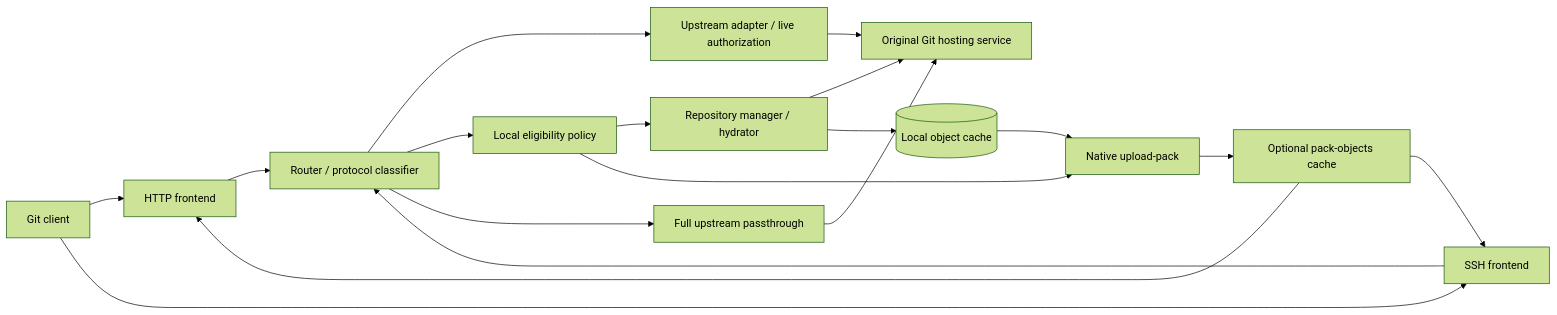
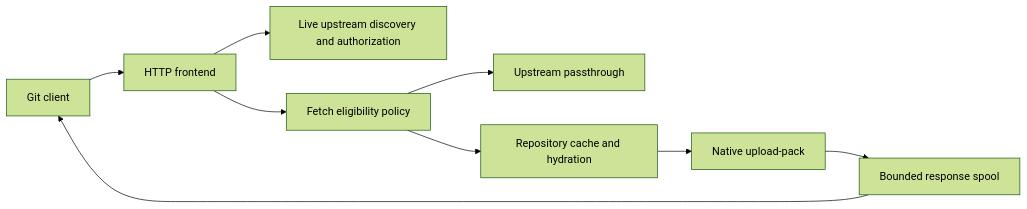
One commit to banyan-vcs/git-cdn changed the diagram in docs/design.md. Above: the diagram before and after it, drawn with Mermaid (forest theme). The commit also changed other lines of this file and 5 other files, not shown here.

````diff
--- a/docs/design.md
+++ b/docs/design.md
@@ -87,20 +7,11 @@
 ```mermaid
 flowchart LR
     C[Git client] --> H[HTTP frontend]
-    C --> S[SSH frontend]
-    H --> R[Router / protocol classifier]
-    S --> R
-    R --> A[Upstream adapter / live authorization]
-    A --> U[Original Git hosting service]
-    R --> P[Local eligibility policy]
-    P --> M[Repository manager / hydrator]
-    M --> U
-    M --> O[(Local object cache)]
-    P --> G[Native upload-pack]
-    O --> G
-    G --> K[Optional pack-objects cache]
-    K --> H
-    K --> S
-    R --> F[Full upstream passthrough]
-    F --> U
+    H --> U[Live upstream discovery and authorization]
+    H --> P[Fetch eligibility policy]
+    P --> F[Upstream passthrough]
+    P --> R[Repository cache and hydration]
+    R --> G[Native upload-pack]
+    G --> S[Bounded response spool]
+    S --> C
 ```
````
